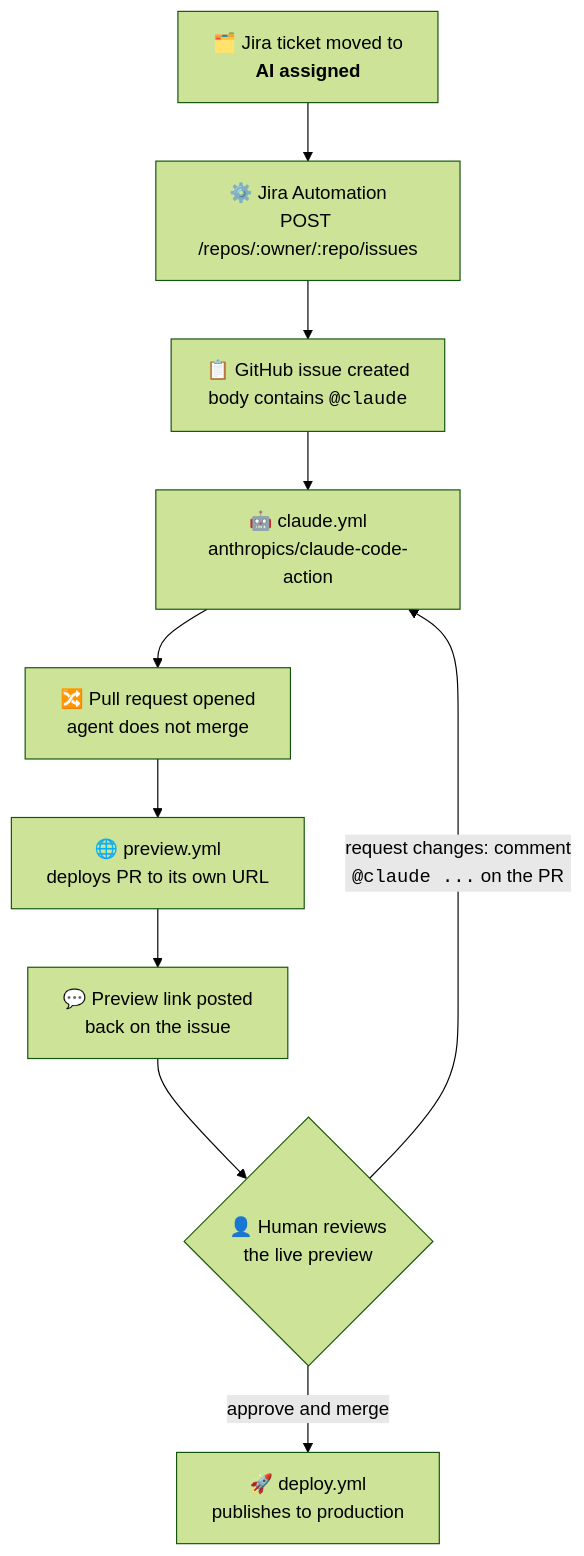
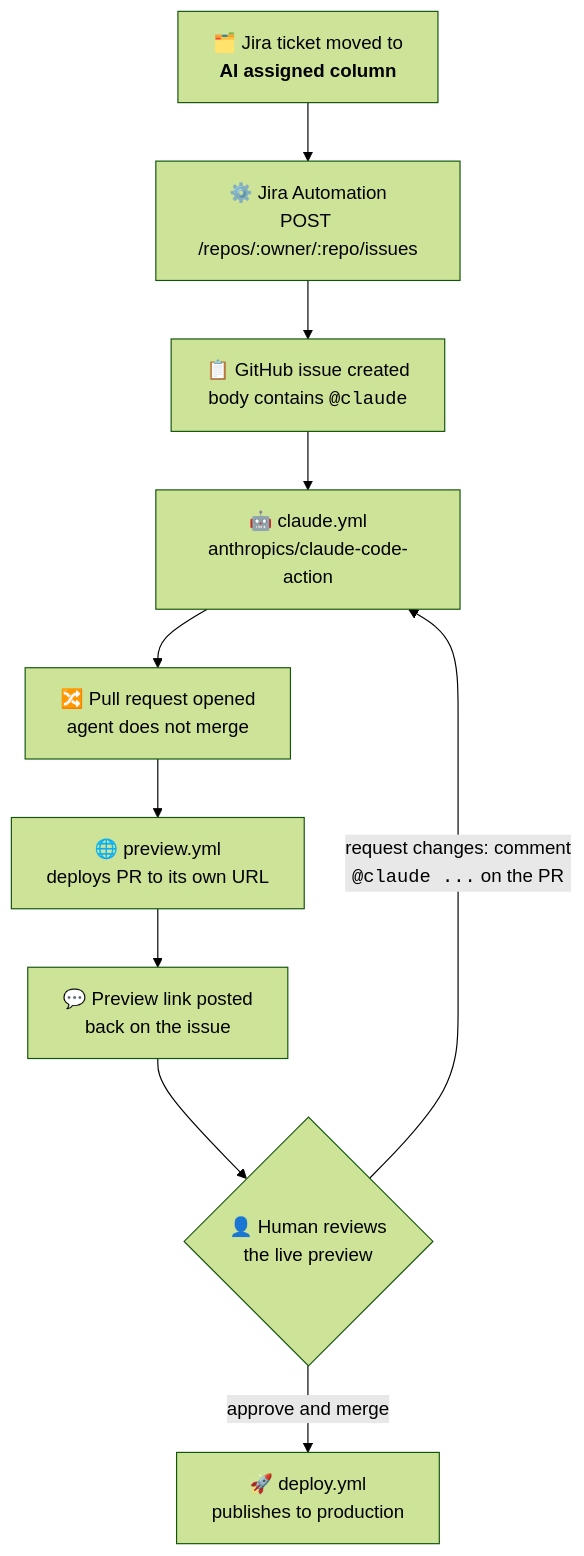
Before and after one commit to gonz96/agentic-prs: the second of 2 diagrams in README.md, drawn with Mermaid (forest theme).

````diff
--- a/README.md
+++ b/README.md
@@ -58,12 +58,12 @@
 ```mermaid
 flowchart TD
-    A["🗂️ Jira ticket moved to<br/><b>AI assigned</b>"] --> B["⚙️ Jira Automation<br/>POST /repos/:owner/:repo/issues"]
+    A["🗂️ Jira ticket moved to<br/><b> AI assigned column</b>"] --> B["⚙️ Jira Automation<br/>POST /repos/:owner/:repo/issues"]
     B --> C["📋 GitHub issue created<br/>body contains <code>@claude</code>"]
     C --> D["🤖 claude.yml<br/>anthropics/claude-code-action"]
     D --> E["🔀 Pull request opened<br/>agent does not merge"]
     E --> F["🌐 preview.yml<br/>deploys PR to its own URL"]
     F --> G["💬 Preview link posted<br/>back on the issue"]
     G --> H{"👤 Human reviews<br/>the live preview"}
     H -->|approve and merge| I["🚀 deploy.yml<br/>publishes to production"]
     H -->|"request changes: comment<br/><code>@claude ...</code> on the PR"| D
 ```
````
